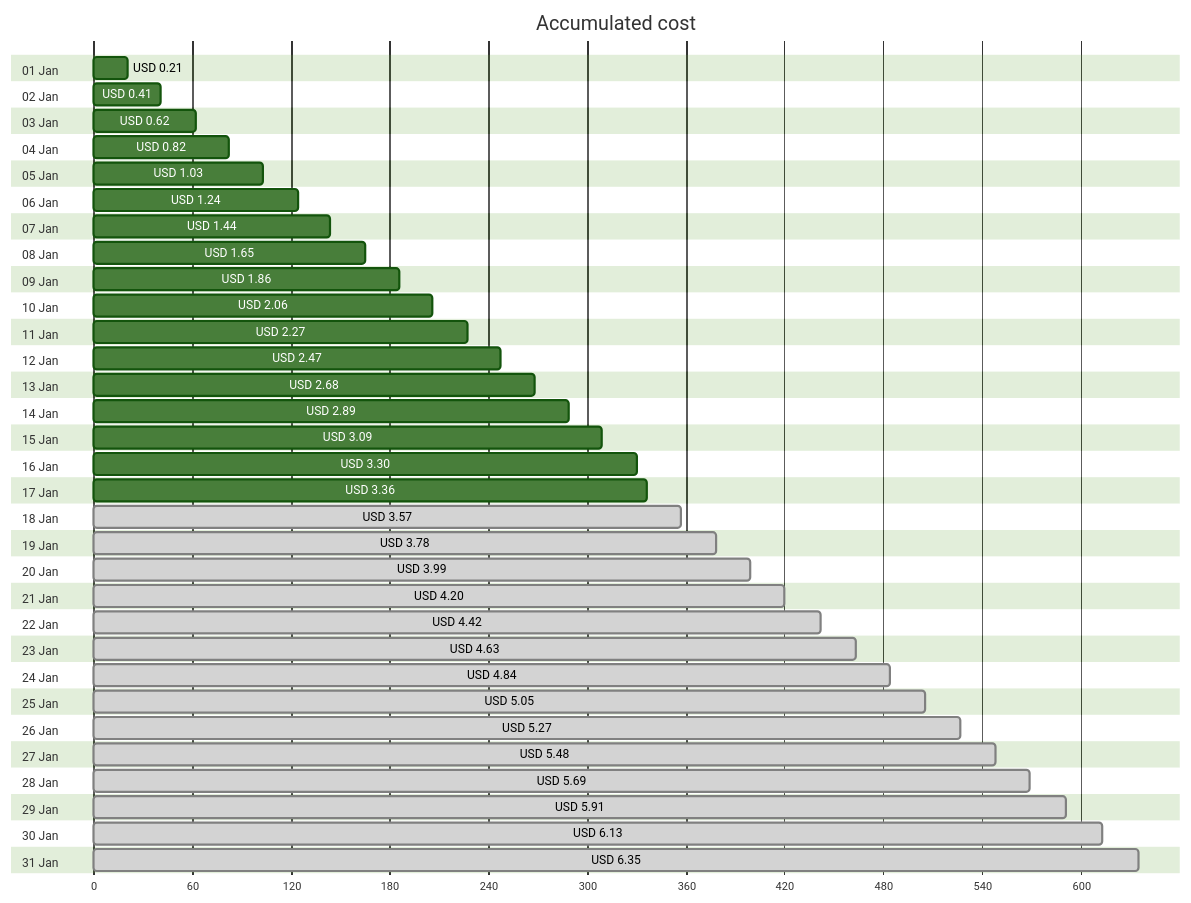
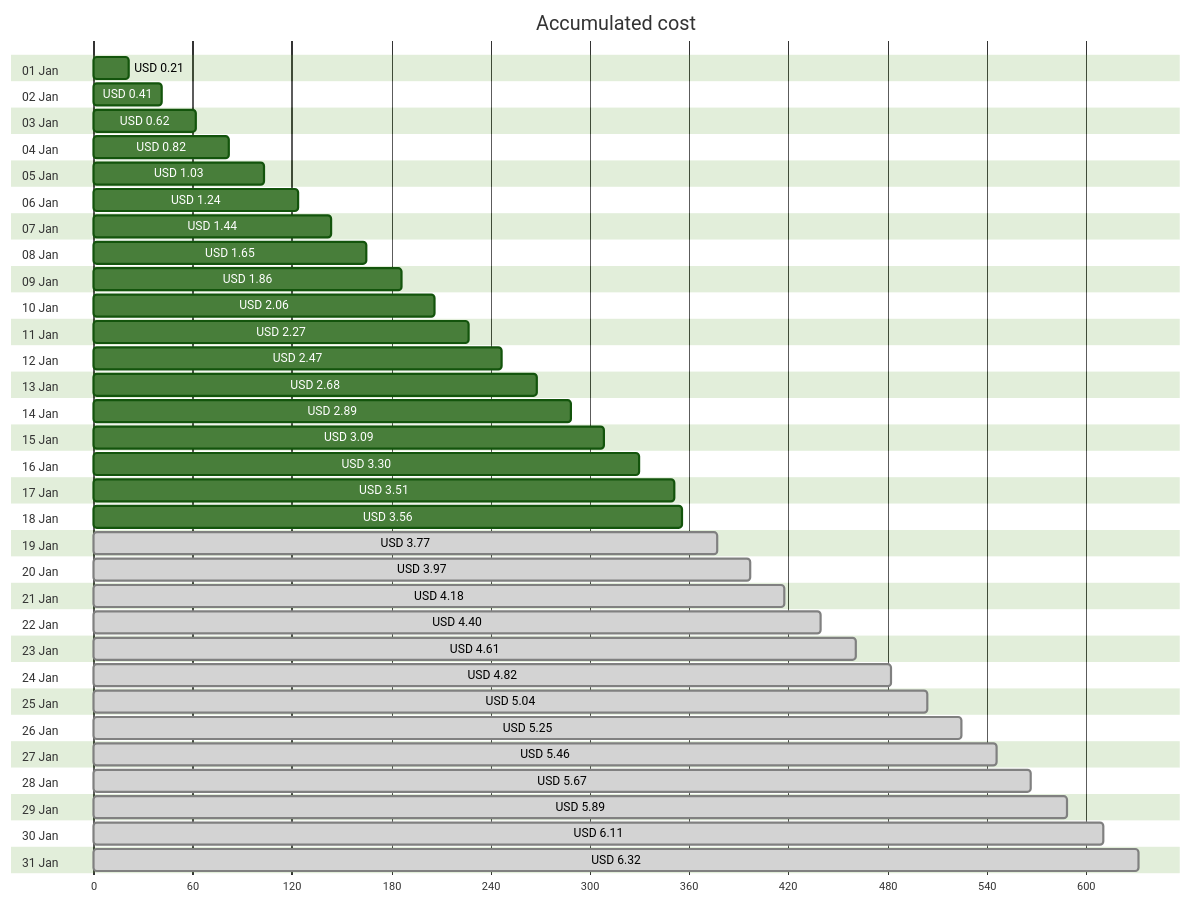
Before and after one commit to jpfulton/azure-personal-reports: the first of 4 diagrams in cost-reports/personal-network/backup-server.md, drawn with Mermaid (forest theme). The commit also changed other lines of this file and 8 other files, not shown here.

````diff
--- a/cost-reports/personal-network/backup-server.md
+++ b/cost-reports/personal-network/backup-server.md
@@ -20,68 +20,68 @@
 ```mermaid
 gantt
    title Accumulated cost
    dateFormat  X
    axisFormat %s
    section 01 Jan
    USD 0.21 :0, 21
    section 02 Jan
    USD 0.41 :0, 41
    section 03 Jan
    USD 0.62 :0, 62
    section 04 Jan
    USD 0.82 :0, 82
    section 05 Jan
    USD 1.03 :0, 103
    section 06 Jan
    USD 1.24 :0, 124
    section 07 Jan
    USD 1.44 :0, 144
    section 08 Jan
    USD 1.65 :0, 165
    section 09 Jan
    USD 1.86 :0, 186
    section 10 Jan
    USD 2.06 :0, 206
    section 11 Jan
    USD 2.27 :0, 227
    section 12 Jan
    USD 2.47 :0, 247
    section 13 Jan
    USD 2.68 :0, 268
    section 14 Jan
    USD 2.89 :0, 289
    section 15 Jan
    USD 3.09 :0, 309
    section 16 Jan
    USD 3.30 :0, 330
    section 17 Jan
-   USD 3.36 :0, 336
+   USD 3.51 :0, 351
    section 18 Jan
-   USD 3.57 : done, 0, 357
+   USD 3.56 :0, 356
    section 19 Jan
-   USD 3.78 : done, 0, 378
+   USD 3.77 : done, 0, 377
    section 20 Jan
-   USD 3.99 : done, 0, 399
+   USD 3.97 : done, 0, 397
    section 21 Jan
-   USD 4.20 : done, 0, 420
+   USD 4.18 : done, 0, 418
    section 22 Jan
-   USD 4.42 : done, 0, 442
+   USD 4.40 : done, 0, 440
    section 23 Jan
-   USD 4.63 : done, 0, 463
+   USD 4.61 : done, 0, 461
    section 24 Jan
-   USD 4.84 : done, 0, 484
+   USD 4.82 : done, 0, 482
    section 25 Jan
-   USD 5.05 : done, 0, 505
+   USD 5.04 : done, 0, 504
    section 26 Jan
-   USD 5.27 : done, 0, 527
+   USD 5.25 : done, 0, 525
    section 27 Jan
-   USD 5.48 : done, 0, 548
+   USD 5.46 : done, 0, 546
    section 28 Jan
-   USD 5.69 : done, 0, 569
+   USD 5.67 : done, 0, 567
    section 29 Jan
-   USD 5.91 : done, 0, 591
+   USD 5.89 : done, 0, 589
    section 30 Jan
-   USD 6.13 : done, 0, 613
+   USD 6.11 : done, 0, 611
    section 31 Jan
-   USD 6.35 : done, 0, 635
+   USD 6.32 : done, 0, 632
 ```
````
